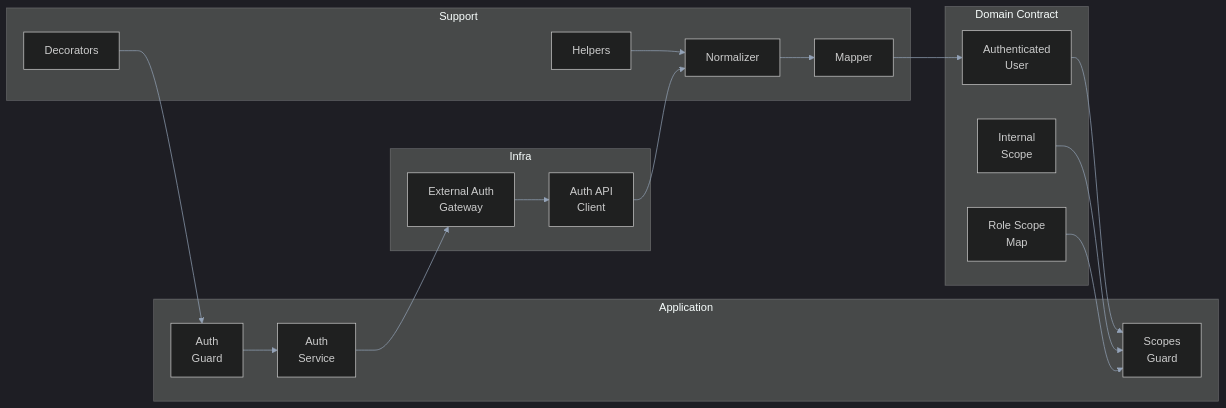
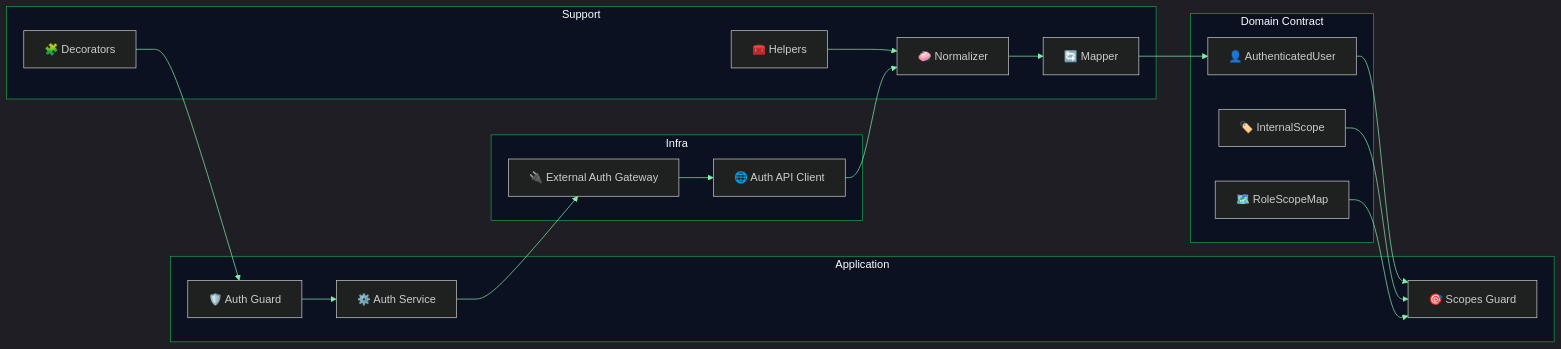
The ninth of 9 diagrams in RFC-0001-Auth.md (matheusdiamantino-betalent/IA), drawn with Mermaid before and after one commit. The commit also changed other lines of this file, not shown here.

````diff
--- a/RFC-0001-Auth.md
+++ b/RFC-0001-Auth.md
@@ -757,47 +831,51 @@
 ```mermaid
 %%{init: {'theme':'dark','themeVariables': {
-  'primaryColor':'#111827',
-  'primaryTextColor':'#e5e7eb',
+  'background':'#020617',
+  'primaryColor':'#0f172a',
+  'primaryTextColor':'#e2e8f0',
   'primaryBorderColor':'#22c55e',
-  'lineColor':'#94a3b8',
-  'secondaryColor':'#0f172a',
-  'tertiaryColor':'#1f2937',
-  'fontFamily':'Inter, Segoe UI, Arial'
+  'lineColor':'#86efac',
+  'secondaryColor':'#111827',
+  'tertiaryColor':'#1e293b',
+  'clusterBkg':'#0b1120',
+  'clusterBorder':'#16a34a',
+  'fontFamily':'Inter, Segoe UI, Arial',
+  'fontSize':'16px'
 }}}%%
 flowchart LR
     subgraph INFRA["Infra"]
-        C1["Auth API\nClient"]
-        C2["External Auth\nGateway"]
+        C1["🌐 Auth API Client"]
+        C2["🔌 External Auth Gateway"]
     end
 
     subgraph APP["Application"]
-        A1["Auth\nService"]
-        A2["Auth\nGuard"]
-        A3["Scopes\nGuard"]
+        A1["⚙️ Auth Service"]
+        A2["🛡️ Auth Guard"]
+        A3["🎯 Scopes Guard"]
     end
 
     subgraph DOMAIN["Domain Contract"]
-        D1["Authenticated\nUser"]
-        D2["Internal\nScope"]
-        D3["Role Scope\nMap"]
+        D1["👤 AuthenticatedUser"]
+        D2["🏷️ InternalScope"]
+        D3["🗺️ RoleScopeMap"]
     end
 
     subgraph SUPPORT["Support"]
-        S1["Normalizer"]
-        S2["Mapper"]
-        S3["Decorators"]
-        S4["Helpers"]
+        S1["🧼 Normalizer"]
+        S2["🔄 Mapper"]
+        S3["🧩 Decorators"]
+        S4["🧰 Helpers"]
     end
 
     A2 --> A1
     A1 --> C2
     C2 --> C1
     C1 --> S1
     S1 --> S2
     S2 --> D1
     D1 --> A3
     D2 --> A3
     D3 --> A3
     S3 --> A2
     S4 --> S1
 ```
````
